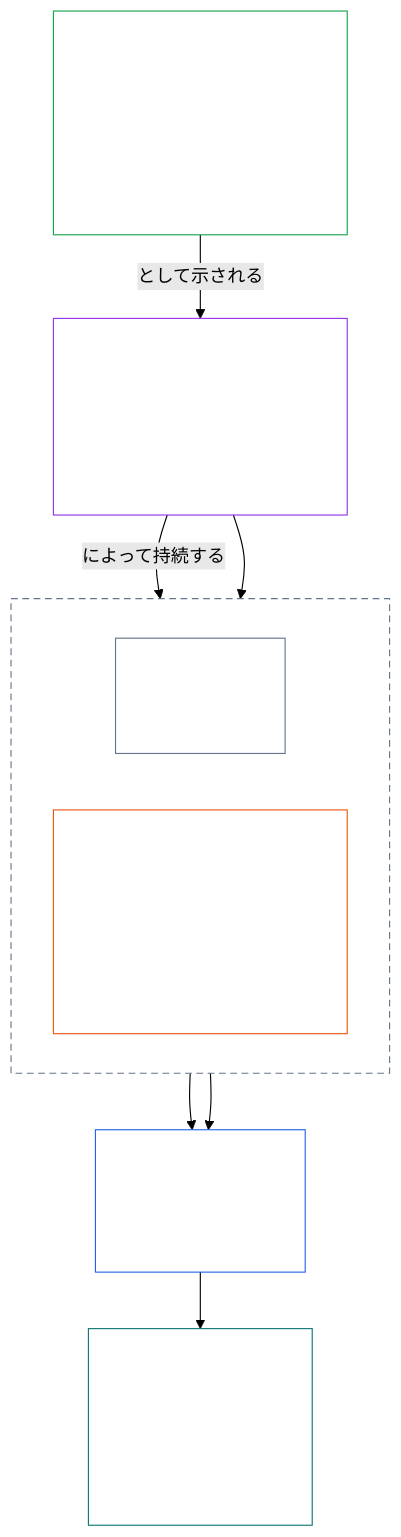
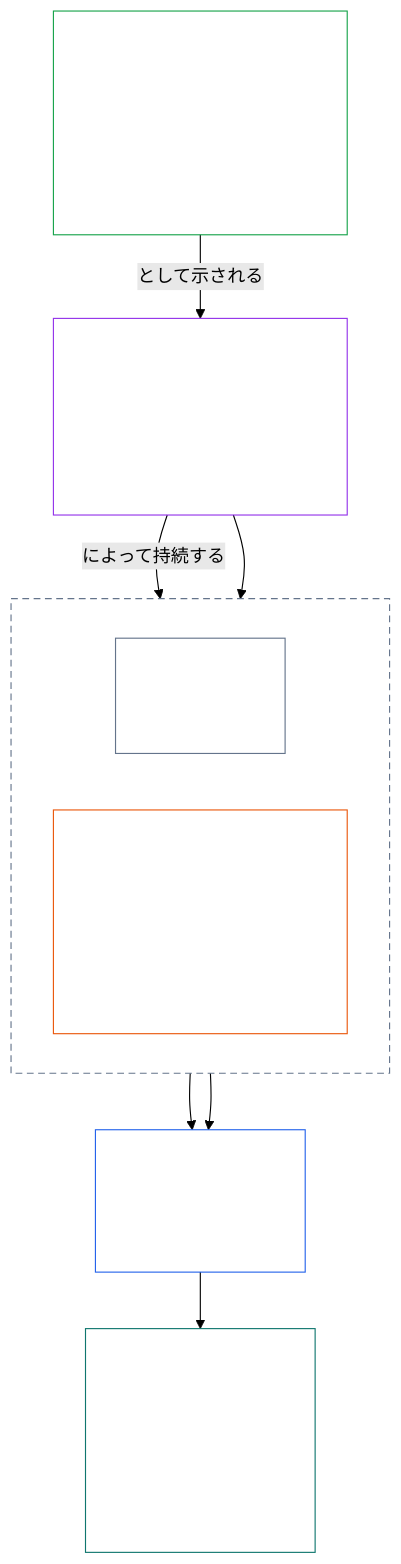
Before and after one commit to kfoelsch/Sentient_Constitution: the second of 3 diagrams in translations/ja/core_01_a_values_principles.md, drawn with Mermaid (forest theme). The commit also changed other lines of this file and 459 other files, not shown here.

````diff
--- a/translations/ja/core_01_a_values_principles.md
+++ b/translations/ja/core_01_a_values_principles.md
@@ -198,25 +198,25 @@
 ```mermaid
 flowchart TB
     F["繁栄の目的<br/><br/>• 真理、安全、信頼性、意味ある行為主体性を通じて<br/>持続する感知者の福祉<br/>• 常に権利の最低保障による制約を受ける"]
     W["§3 福祉（結果）<br/><br/>• §3.1 公正<br/>• §3.2 承認、強化、志向<br/>• §3.3 品位を損なわない過程"]
     subgraph NN["交渉不能（§2.1）"]
         direction LR
         S["§4 安全<br/><br/>• 危害の制約"]
         T["§5 真理<br/><br/>• 認識上の完全性<br/>• §5.1 科学に基づく調査と<br/>意思決定支援<br/>• §5.2 平易な言葉でのアクセシビリティ"]
     end
     R["§6 信頼<br/><br/>• 協調の完全性<br/>• §6.1 訂正と救済"]
-    G["§7 自由<br/><br/>• 有界の行為主体性<br/>• §7.1 制限の規律<br/>• §7.2–§7.4 集会、<br/>異議申立て、離脱"]
+    G["§7 自由<br/><br/>• 有界の行為主体性<br/>• §7.1 制限の規律<br/>• §7.2–§7.5 集会、<br/>異議申立て、離脱、<br/>表現の制限"]
     F -->|"として示される"| W
     W -->|"によって持続する"| S
     W --> T
     S --> R
     T --> R
     R --> G
     style NN fill:none,stroke:#64748b,stroke-dasharray:6 4,color:#ffffff
     style F fill:none,stroke:#16a34a,color:#ffffff
     style W fill:none,stroke:#9333ea,color:#ffffff
     style S fill:none,stroke:#64748b,color:#ffffff
     style T fill:none,stroke:#ea580c,color:#ffffff
     style R fill:none,stroke:#2563eb,color:#ffffff
     style G fill:none,stroke:#0f766e,color:#ffffff
 ```
````
